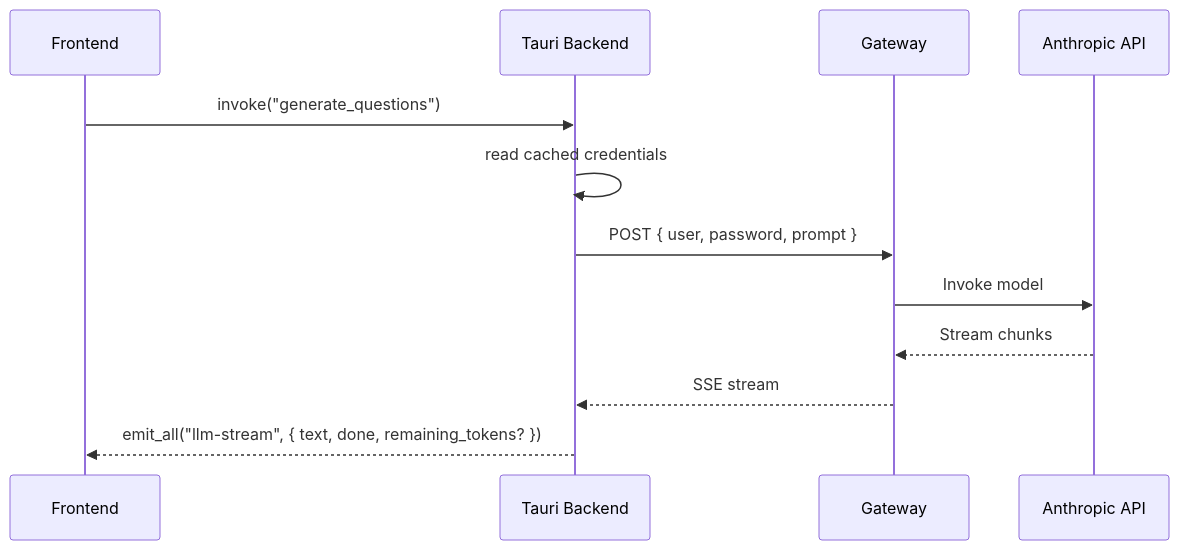
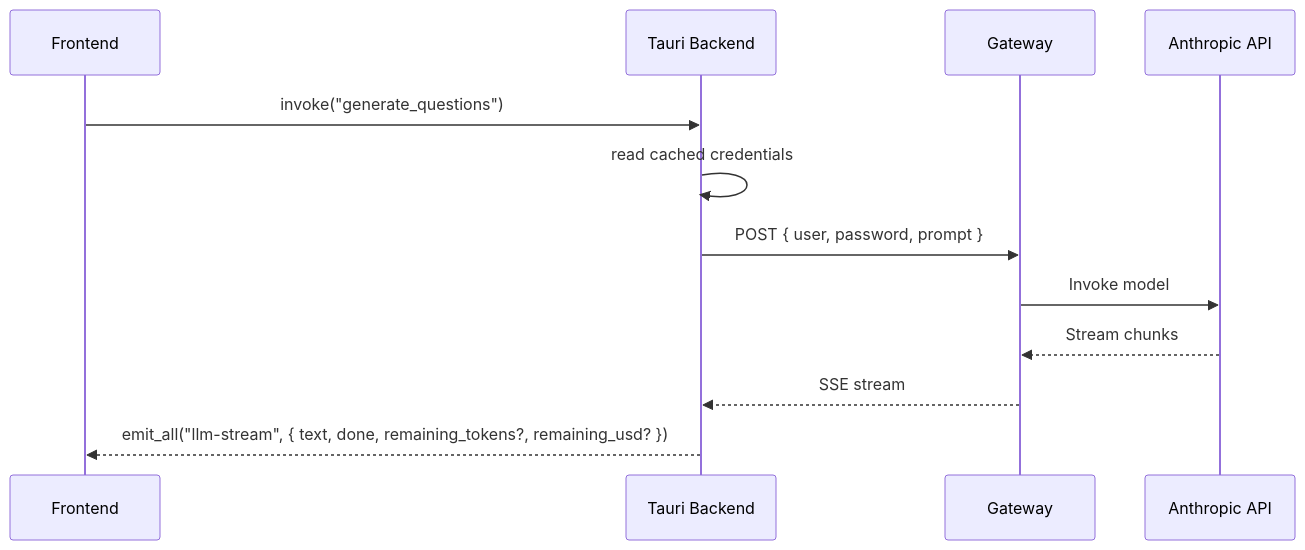
Before and after one commit to paderevski/rubrix: the third of 3 diagrams in docs/ARCHITECTURE_DIAGRAM.md, drawn with Mermaid. The commit also changed other lines of this file and 7 other files, not shown here.

````diff
--- a/docs/ARCHITECTURE_DIAGRAM.md
+++ b/docs/ARCHITECTURE_DIAGRAM.md
@@ -38,15 +38,15 @@
 ```mermaid
 sequenceDiagram
     participant FE as Frontend
     participant BE as Tauri Backend
     participant GW as Gateway
     participant BR as Anthropic API
 
     FE->>BE: invoke("generate_questions")
     BE->>BE: read cached credentials
     BE->>GW: POST { user, password, prompt }
     GW->>BR: Invoke model
     BR-->>GW: Stream chunks
     GW-->>BE: SSE stream
-    BE-->>FE: emit_all("llm-stream", { text, done, remaining_tokens? })
+    BE-->>FE: emit_all("llm-stream", { text, done, remaining_tokens?, remaining_usd? })
 ```
````
